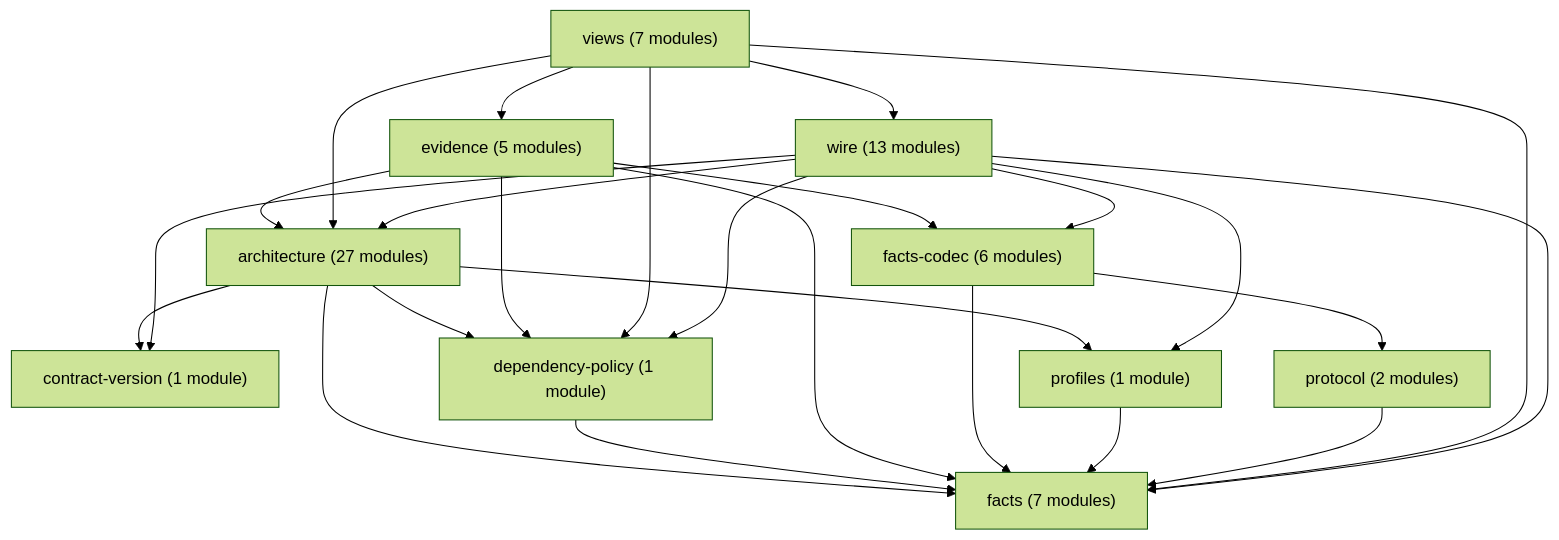
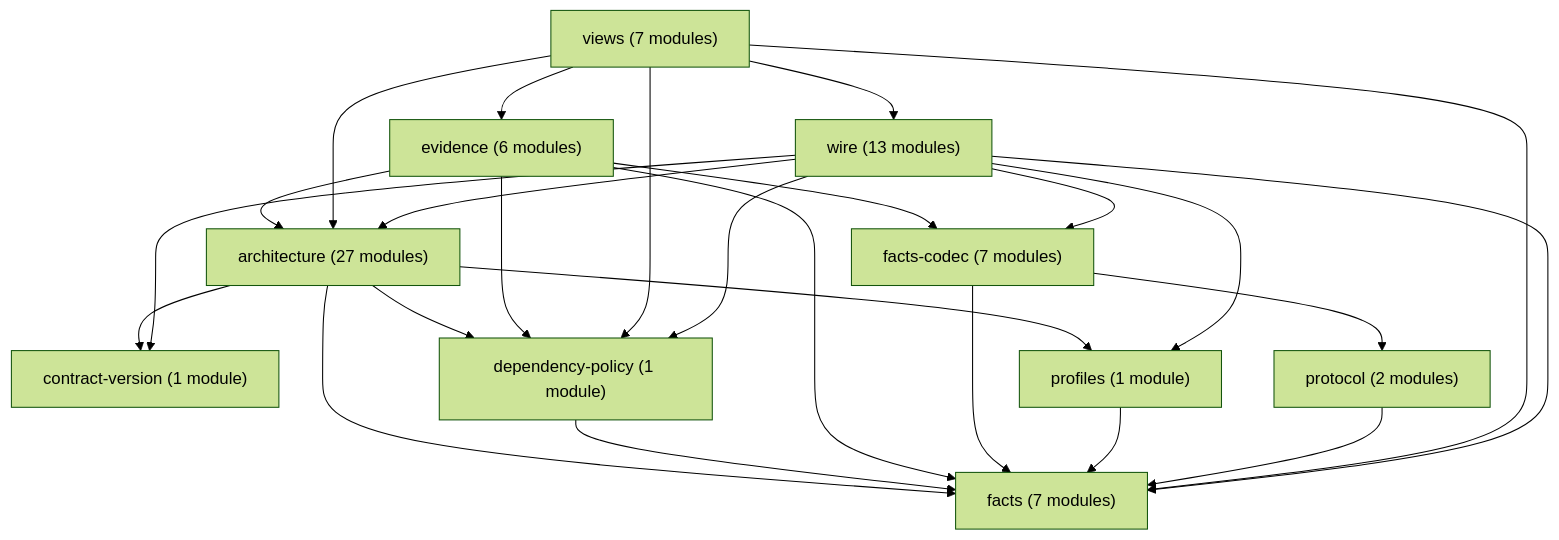
Before and after one commit to rapiddweller/archkeel: the diagram in docs/architecture/ir-owners.md, drawn with Mermaid (forest theme). The commit also changed other lines of this file and 15 other files, not shown here.

````diff
--- a/docs/architecture/ir-owners.md
+++ b/docs/architecture/ir-owners.md
@@ -35,37 +35,37 @@
 ```mermaid
 graph TD
     n_0["architecture (27 modules)"]
     n_1["contract-version (1 module)"]
     n_2["dependency-policy (1 module)"]
-    n_3["evidence (5 modules)"]
+    n_3["evidence (6 modules)"]
     n_4["facts (7 modules)"]
-    n_5["facts-codec (6 modules)"]
+    n_5["facts-codec (7 modules)"]
     n_6["profiles (1 module)"]
     n_7["protocol (2 modules)"]
     n_8["views (7 modules)"]
     n_9["wire (13 modules)"]
     n_0 --> n_1
     n_0 --> n_2
     n_0 --> n_4
     n_0 --> n_6
     n_2 --> n_4
     n_3 --> n_0
     n_3 --> n_2
     n_3 --> n_4
     n_3 --> n_5
     n_5 --> n_4
     n_5 --> n_7
     n_6 --> n_4
     n_7 --> n_4
     n_8 --> n_0
     n_8 --> n_2
     n_8 --> n_3
     n_8 --> n_4
     n_8 --> n_9
     n_9 --> n_0
     n_9 --> n_1
     n_9 --> n_2
     n_9 --> n_4
     n_9 --> n_5
     n_9 --> n_6
 ```
````
